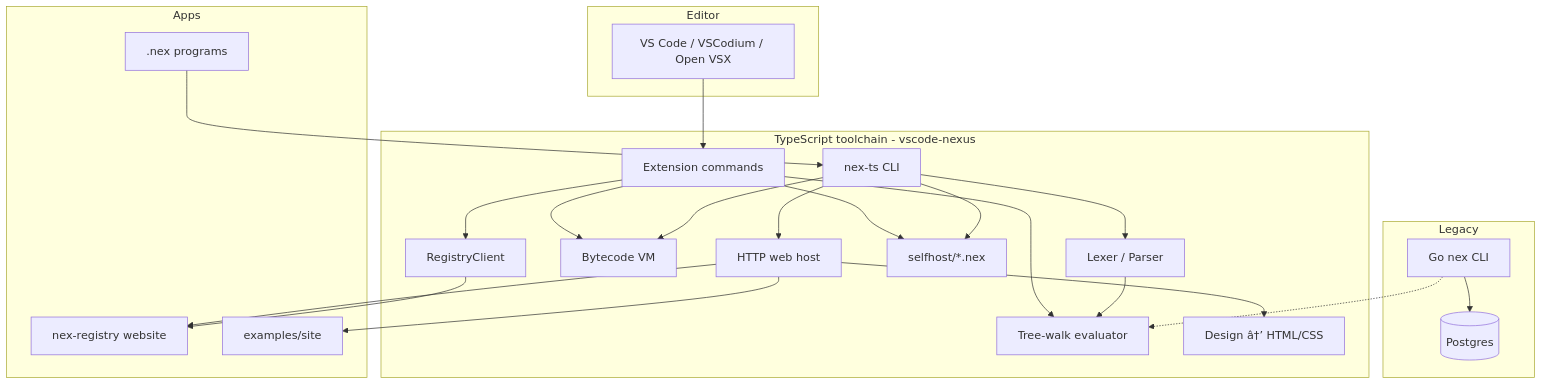
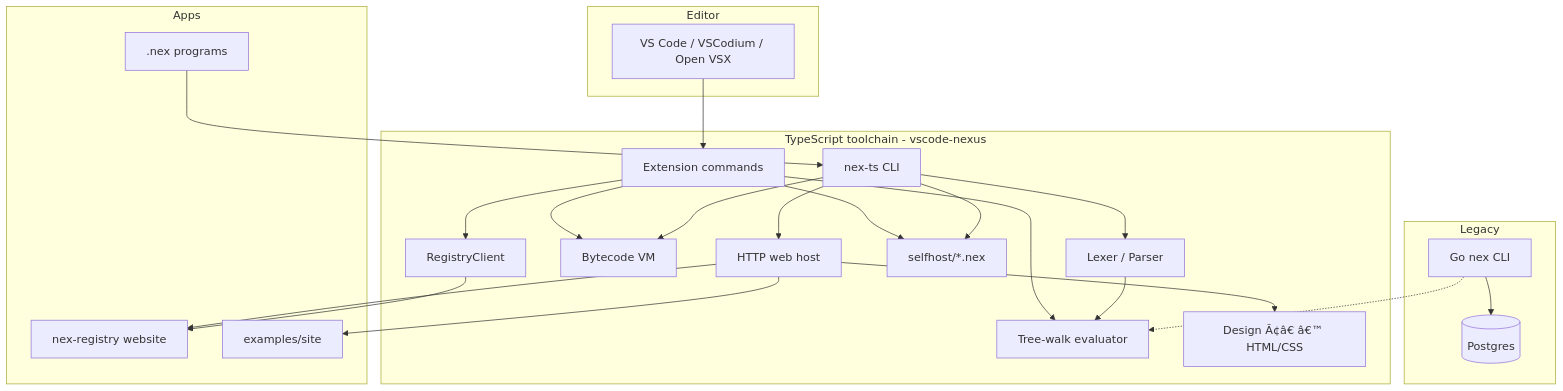
One commit to theworker02/nex-lang changed the diagram in README.md. Above: the diagram before and after it, drawn with Mermaid. The commit also changed other lines of this file and 10 other files, not shown here.

````diff
--- a/README.md
+++ b/README.md
@@ -123,46 +123,46 @@
 ```mermaid
 flowchart TB
   subgraph editor [Editor]
     VSCode[VS Code / VSCodium / Open VSX]
   end
 
   subgraph ts [TypeScript toolchain - vscode-nexus]
     CLI[nex-ts CLI]
     Ext[Extension commands]
     Lex[Lexer / Parser]
     Eval[Tree-walk evaluator]
     VM[Bytecode VM]
     Host[HTTP web host]
-    Design[Design â†’ HTML/CSS]
+    Design[Design Ã¢â€ â€™ HTML/CSS]
     Self[selfhost/*.nex]
     Client[RegistryClient]
   end
 
   subgraph apps [Apps]
     Prog[".nex programs"]
     Reg[nex-registry website]
     Site[examples/site]
   end
 
   subgraph legacy [Legacy]
     GoCLI[Go nex CLI]
     Pg[(Postgres)]
   end
 
   VSCode --> Ext
   Ext --> Eval
   Ext --> VM
   Ext --> Self
   Ext --> Client
   CLI --> Lex --> Eval
   CLI --> VM
   CLI --> Self
   CLI --> Host
   Host --> Design
   Host --> Reg
   Host --> Site
   Prog --> CLI
   Client --> Reg
   GoCLI --> Pg
   GoCLI -.-> Eval
 ```
````
